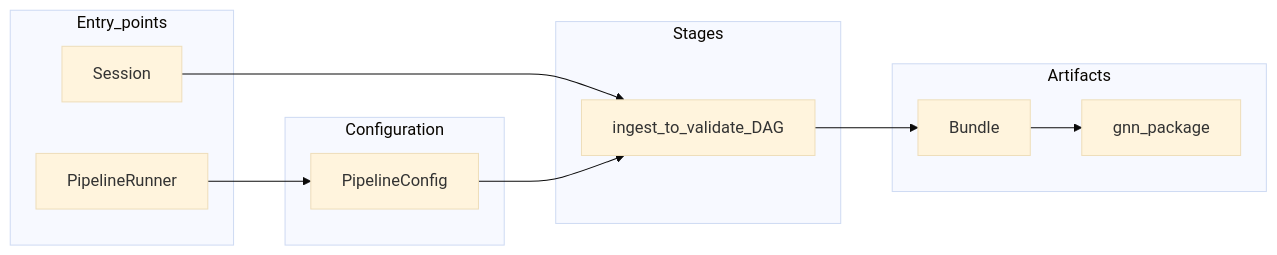
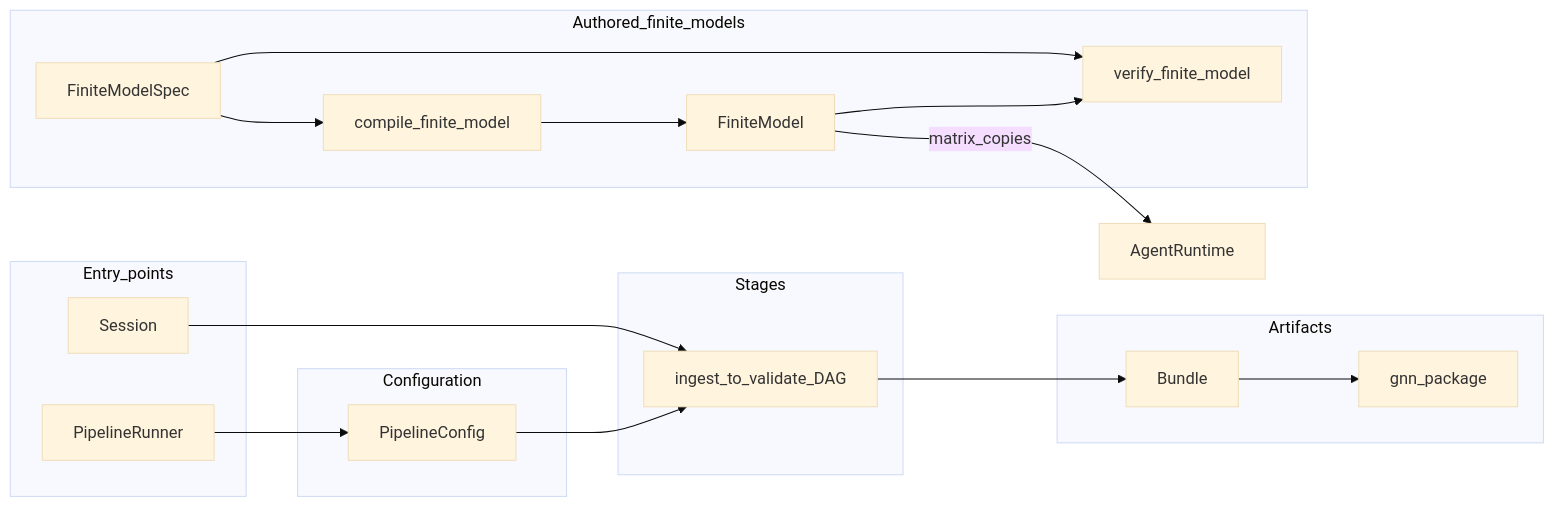
Before and after one commit to ActiveInferenceInstitute/COGANT: the diagram in manuscript/03_api_and_workflows.md, drawn with Mermaid (base theme).

Commit message:
Show authored model construction and checking in the API flow diagram

````diff
--- a/manuscript/03_api_and_workflows.md
+++ b/manuscript/03_api_and_workflows.md
@@ -9,22 +9,34 @@
 ```mermaid
 flowchart LR
   subgraph entryPoints [Entry_points]
     SE[Session]
     PR[PipelineRunner]
   end
   subgraph cfg [Configuration]
     PC[PipelineConfig]
   end
   subgraph stages [Stages]
     DAG[ingest_to_validate_DAG]
   end
   subgraph artifacts [Artifacts]
     BU[Bundle]
     GP[gnn_package]
   end
+  subgraph finiteModels [Authored_finite_models]
+    FS[FiniteModelSpec]
+    FC[compile_finite_model]
+    FM[FiniteModel]
+    VF[verify_finite_model]
+  end
+  RT[AgentRuntime]
   SE --> DAG
   PR --> PC
   PC --> DAG
   DAG --> BU
   BU --> GP
+  FS --> FC
+  FC --> FM
+  FS --> VF
+  FM --> VF
+  FM -->|matrix_copies| RT
 ```
````
